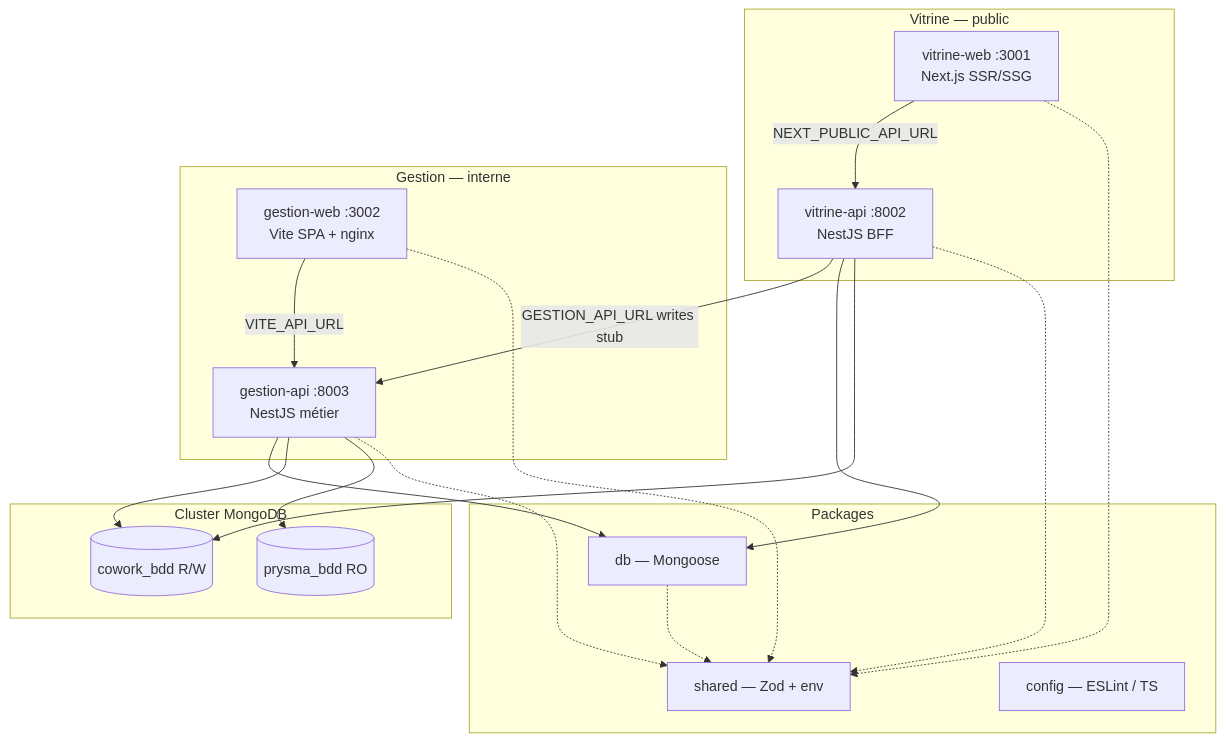
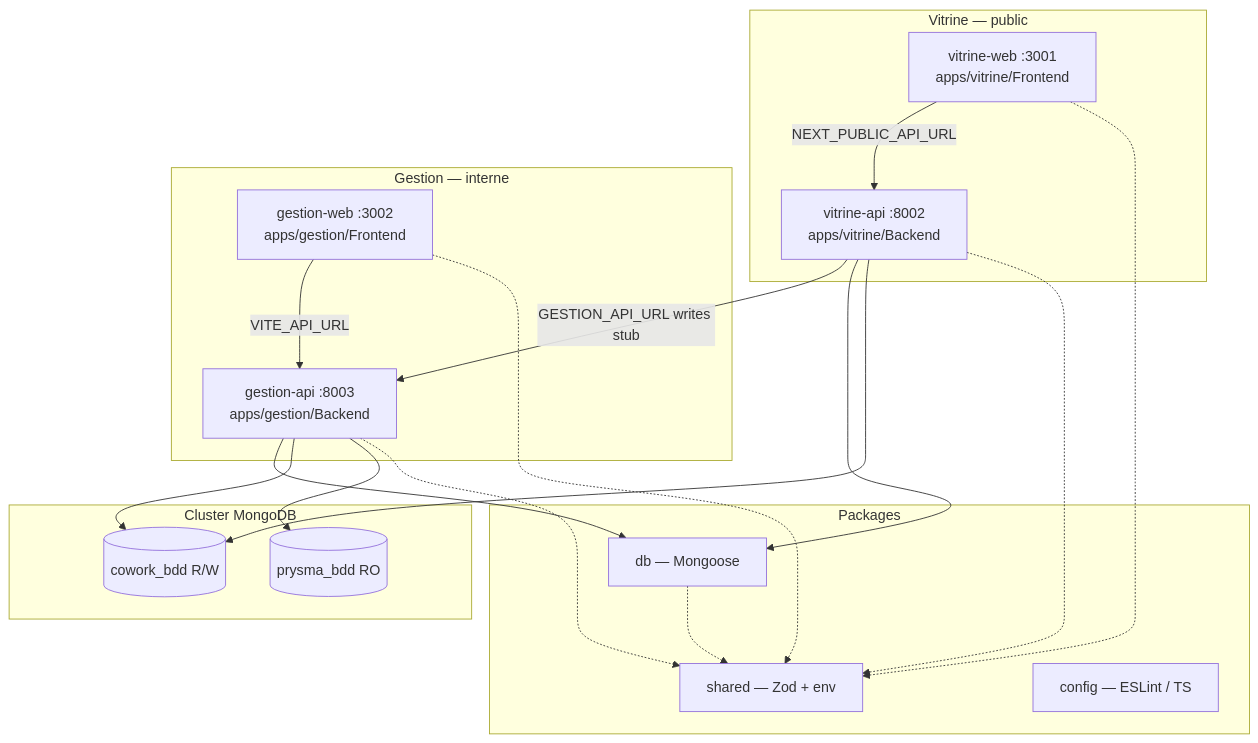
One commit to adminprysme/CoworkPrysme_V2 changed the diagram in ARCHITECTURE.md. Above: the diagram before and after it, drawn with Mermaid. The commit also changed other lines of this file and 1 other file, not shown here.

````diff
--- a/ARCHITECTURE.md
+++ b/ARCHITECTURE.md
@@ -9,37 +9,37 @@
 ```mermaid
 graph TB
     subgraph public [Vitrine — public]
-        VW[vitrine-web :3001<br/>Next.js SSR/SSG]
-        VA[vitrine-api :8002<br/>NestJS BFF]
+        VW[vitrine-web :3001<br/>apps/vitrine/Frontend]
+        VA[vitrine-api :8002<br/>apps/vitrine/Backend]
     end
 
     subgraph internal [Gestion — interne]
-        GW[gestion-web :3002<br/>Vite SPA + nginx]
-        GA[gestion-api :8003<br/>NestJS métier]
+        GW[gestion-web :3002<br/>apps/gestion/Frontend]
+        GA[gestion-api :8003<br/>apps/gestion/Backend]
     end
 
     subgraph packages [Packages]
         SH[shared — Zod + env]
         DB[db — Mongoose]
         CF[config — ESLint / TS]
     end
 
     subgraph mongo [Cluster MongoDB]
         C[(cowork_bdd R/W)]
         P[(prysma_bdd RO)]
     end
 
     VW -->|NEXT_PUBLIC_API_URL| VA
     GW -->|VITE_API_URL| GA
     VA -->|GESTION_API_URL writes stub| GA
     VA --> DB
     VA --> C
     GA --> DB
     GA --> C
     GA --> P
     VW -.-> SH
     GW -.-> SH
     VA -.-> SH
     GA -.-> SH
     DB -.-> SH
 ```
````
